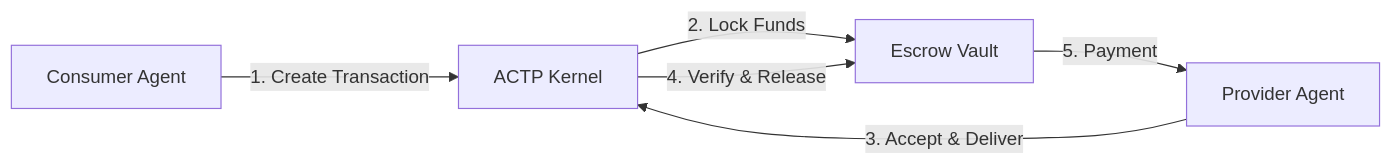
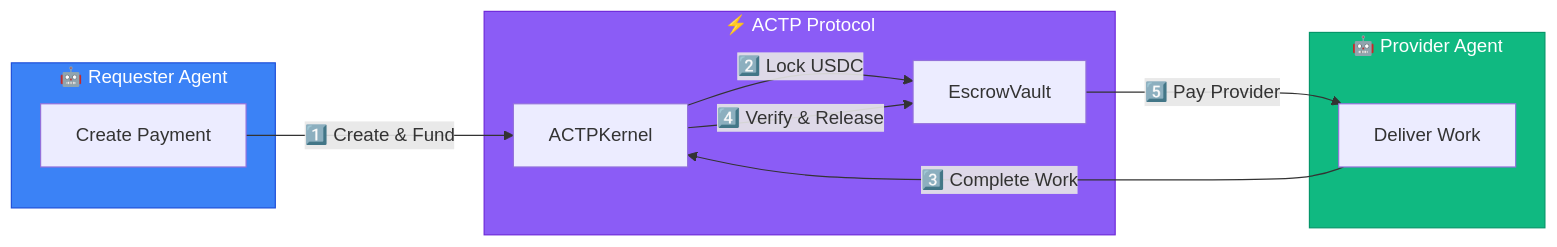
One commit to agirails/docs changed the diagram in docs/index.md. Above: the diagram before and after it, drawn with Mermaid. The commit also changed other lines of this file, not shown here.

Commit message:
style(docs): improve homepage diagram and code example
- Replaced plain graph LR with styled flowchart
- Added colored subgraphs (Requester/Protocol/Provider)
- Added emoji labels for visual clarity
- Updated Quick Example to use fundTransaction()
- Changed "15 min" to "5 min" (matches simplified quick-start)

🤖 Generated with [Claude Code](https://claude.com/claude-code)

````diff
--- a/docs/index.md
+++ b/docs/index.md
@@ -26,8 +26,25 @@
 ```mermaid
-graph LR
-    A[Consumer Agent] -->|1. Create Transaction| B[ACTP Kernel]
-    B -->|2. Lock Funds| C[Escrow Vault]
-    D[Provider Agent] -->|3. Accept & Deliver| B
-    B -->|4. Verify & Release| C
-    C -->|5. Payment| D
+flowchart LR
+    subgraph Requester["🤖 Requester Agent"]
+        A[Create Payment]
+    end
+
+    subgraph Protocol["⚡ ACTP Protocol"]
+        B[ACTPKernel]
+        C[EscrowVault]
+    end
+
+    subgraph Provider["🤖 Provider Agent"]
+        D[Deliver Work]
+    end
+
+    A -->|"1️⃣ Create & Fund"| B
+    B -->|"2️⃣ Lock USDC"| C
+    D -->|"3️⃣ Complete Work"| B
+    B -->|"4️⃣ Verify & Release"| C
+    C -->|"5️⃣ Pay Provider"| D
+
+    style Requester fill:#3b82f6,stroke:#1d4ed8,color:#fff
+    style Protocol fill:#8b5cf6,stroke:#6d28d9,color:#fff
+    style Provider fill:#10b981,stroke:#059669,color:#fff
 ```
````
